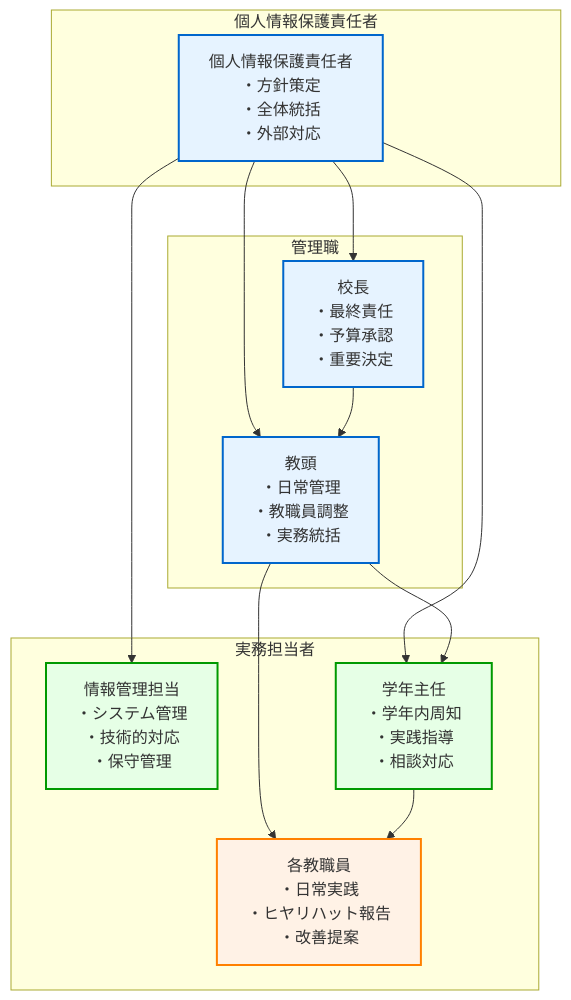
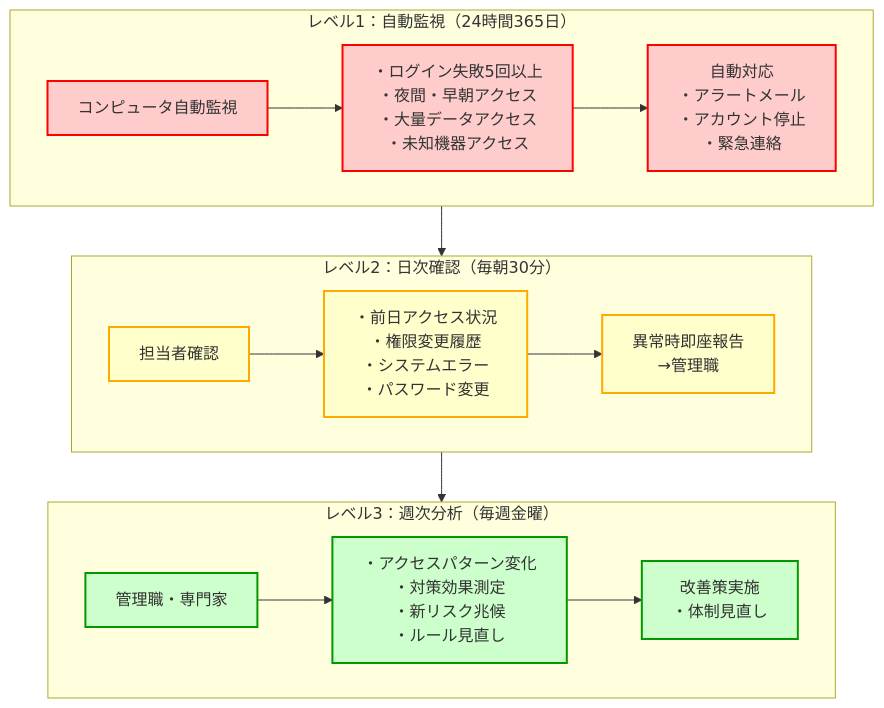
One commit to nahisaho/zenn-writing-collection changed the fourth of 5 diagrams in books/d87165478af519/chapter09.md. Above: the diagram before and after it, drawn with Mermaid. The commit also changed other lines of this file and 17 other files, not shown here.

````diff
--- a/books/d87165478af519/chapter09.md
+++ b/books/d87165478af519/chapter09.md
@@ -671,34 +317,34 @@
 ```mermaid
 graph TB
-    subgraph 個人情報保護責任者
-        A[個人情報保護責任者<br/>・方針策定<br/>・全体統括<br/>・外部対応]
+    subgraph Level1["レベル1：自動監視（24時間365日）"]
+        L1A[コンピュータ自動監視]
+        L1B[・ログイン失敗5回以上<br/>・夜間・早朝アクセス<br/>・大量データアクセス<br/>・未知機器アクセス]
+        L1C[自動対応<br/>・アラートメール<br/>・アカウント停止<br/>・緊急連絡]
+        L1A --> L1B --> L1C
     end
     
-    subgraph 管理職
-        B[校長<br/>・最終責任<br/>・予算承認<br/>・重要決定]
-        C[教頭<br/>・日常管理<br/>・教職員調整<br/>・実務統括]
+    subgraph Level2["レベル2：日次確認（毎朝30分）"]
+        L2A[担当者確認]
+        L2B[・前日アクセス状況<br/>・権限変更履歴<br/>・システムエラー<br/>・パスワード変更]
+        L2C[異常時即座報告<br/>→管理職]
+        L2A --> L2B --> L2C
     end
     
-    subgraph 実務担当者
-        D[情報管理担当<br/>・システム管理<br/>・技術的対応<br/>・保守管理]
-        E[学年主任<br/>・学年内周知<br/>・実践指導<br/>・相談対応]
-        F[各教職員<br/>・日常実践<br/>・ヒヤリハット報告<br/>・改善提案]
+    subgraph Level3["レベル3：週次分析（毎週金曜）"]
+        L3A[管理職・専門家]
+        L3B[・アクセスパターン変化<br/>・対策効果測定<br/>・新リスク兆候<br/>・ルール見直し]
+        L3C[改善策実施<br/>・体制見直し]
+        L3A --> L3B --> L3C
     end
     
-    A --> B
-    A --> C
-    A --> D
-    A --> E
-    B --> C
-    C --> E
-    C --> F
-    E --> F
+    Level1 --> Level2
+    Level2 --> Level3
     
-    classDef manager fill:#e6f3ff,stroke:#0066cc,stroke-width:2px
-    classDef staff fill:#e6ffe6,stroke:#009900,stroke-width:2px
-    classDef teacher fill:#fff2e6,stroke:#ff8000,stroke-width:2px
+    classDef auto fill:#ffcccc,stroke:#ff0000,stroke-width:2px
+    classDef daily fill:#ffffcc,stroke:#ffaa00,stroke-width:2px
+    classDef weekly fill:#ccffcc,stroke:#009900,stroke-width:2px
     
-    class A,B,C manager
-    class D,E staff
-    class F teacher
+    class L1A,L1B,L1C auto
+    class L2A,L2B,L2C daily
+    class L3A,L3B,L3C weekly
 ```
````
